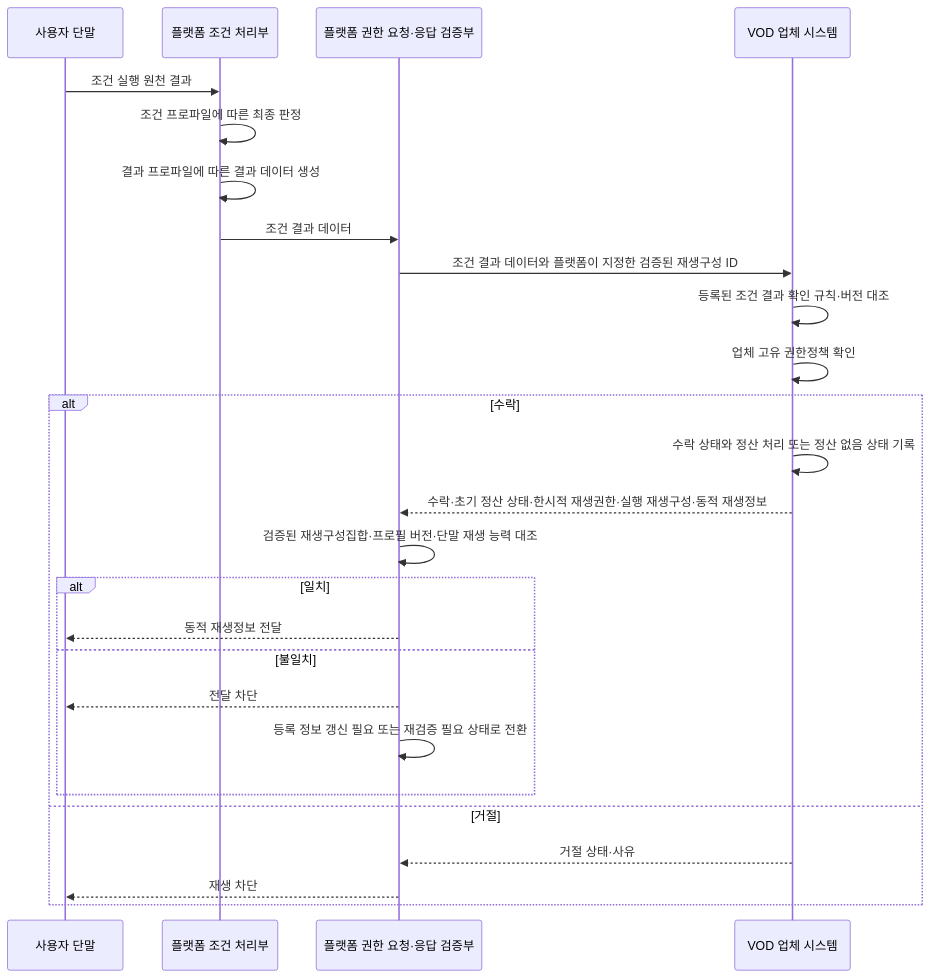
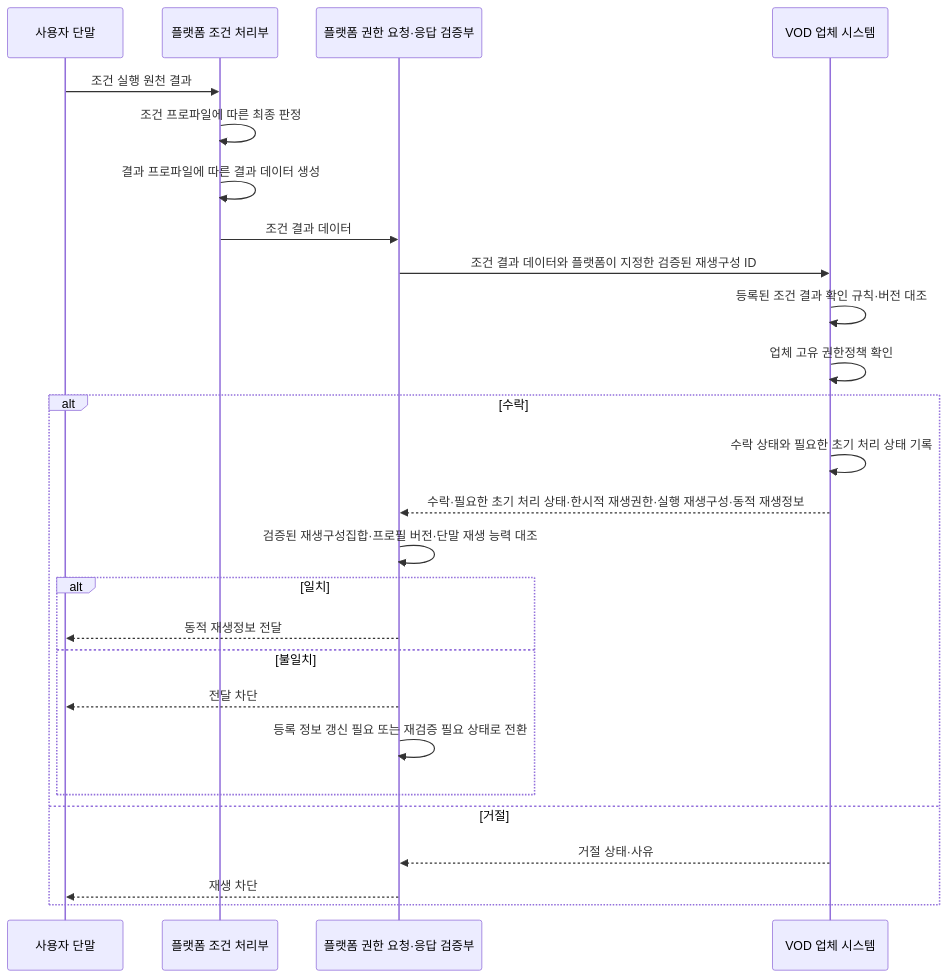
Before and after one commit to growdai1y/instant-play: diagram 13 of 14 in instant_play_직무발명서_개선본.md, drawn with Mermaid. The commit also changed other lines of this file and 1 other file, not shown here.

````diff
--- a/instant_play_직무발명서_개선본.md
+++ b/instant_play_직무발명서_개선본.md
@@ -1509,29 +1700,29 @@
 ```mermaid
 sequenceDiagram
     participant D as 사용자 단말
     participant P as 플랫폼 조건 처리부
     participant G as 플랫폼 권한 요청·응답 검증부
     participant V as VOD 업체 시스템
 
     D->>P: 조건 실행 원천 결과
     P->>P: 조건 프로파일에 따른 최종 판정
     P->>P: 결과 프로파일에 따른 결과 데이터 생성
     P->>G: 조건 결과 데이터
     G->>V: 조건 결과 데이터와 플랫폼이 지정한 검증된 재생구성 ID
     V->>V: 등록된 조건 결과 확인 규칙·버전 대조
     V->>V: 업체 고유 권한정책 확인
     alt 수락
-        V->>V: 수락 상태와 정산 처리 또는 정산 없음 상태 기록
-        V-->>G: 수락·초기 정산 상태·한시적 재생권한·실행 재생구성·동적 재생정보
+        V->>V: 수락 상태와 필요한 초기 처리 상태 기록
+        V-->>G: 수락·필요한 초기 처리 상태·한시적 재생권한·실행 재생구성·동적 재생정보
         G->>G: 검증된 재생구성집합·프로필 버전·단말 재생 능력 대조
         alt 일치
             G-->>D: 동적 재생정보 전달
         else 불일치
             G-->>D: 전달 차단
             G->>G: 등록 정보 갱신 필요 또는 재검증 필요 상태로 전환
         end
     else 거절
         V-->>G: 거절 상태·사유
         G-->>D: 재생 차단
     end
 ```
````
